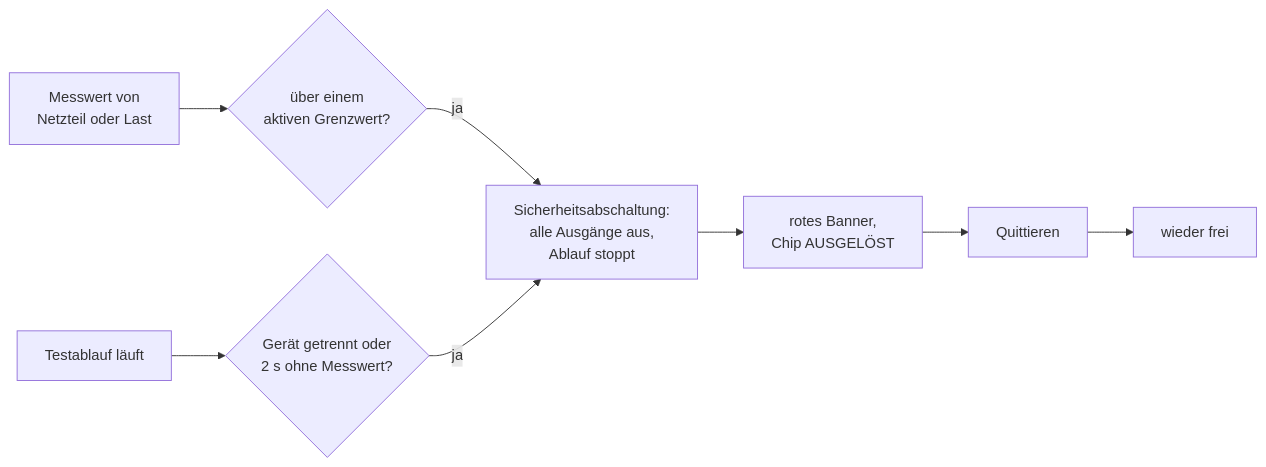
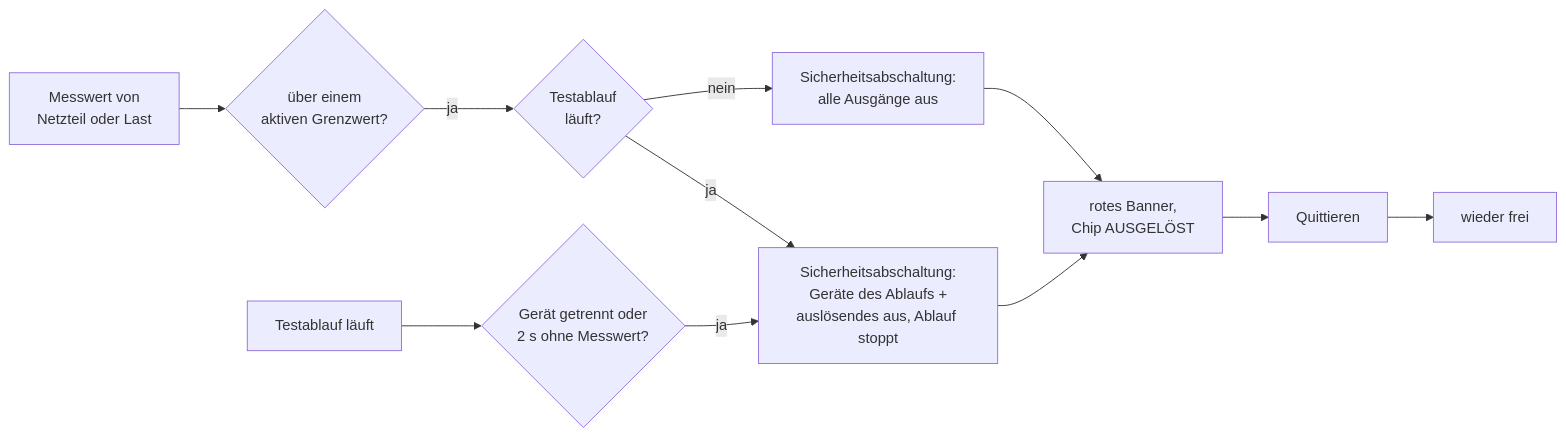
One commit to danielsimonreinhardt/LabControl changed the fourth of 6 diagrams in docs/de/bedienung.md. Above: the diagram before and after it, drawn with Mermaid. The commit also changed other lines of this file and 25 other files, not shown here.

````diff
--- a/docs/de/bedienung.md
+++ b/docs/de/bedienung.md
@@ -293,10 +299,13 @@
 ```mermaid
 flowchart LR
   M["Messwert von<br/>Netzteil oder Last"] --> W{"über einem<br/>aktiven Grenzwert?"}
-  W -- ja --> T["Sicherheitsabschaltung:<br/>alle Ausgänge aus,<br/>Ablauf stoppt"]
+  W -- ja --> L{"Testablauf<br/>läuft?"}
+  L -- nein --> T["Sicherheitsabschaltung:<br/>alle Ausgänge aus"]
+  L -- ja --> TL["Sicherheitsabschaltung:<br/>Geräte des Ablaufs +<br/>auslösendes aus, Ablauf stoppt"]
   R["Testablauf läuft"] --> S{"Gerät getrennt oder<br/>2 s ohne Messwert?"}
-  S -- ja --> T
+  S -- ja --> TL
   T --> B["rotes Banner,<br/>Chip AUSGELÖST"]
+  TL --> B
   B --> Q["Quittieren"]
   Q --> F["wieder frei"]
 ```
````
